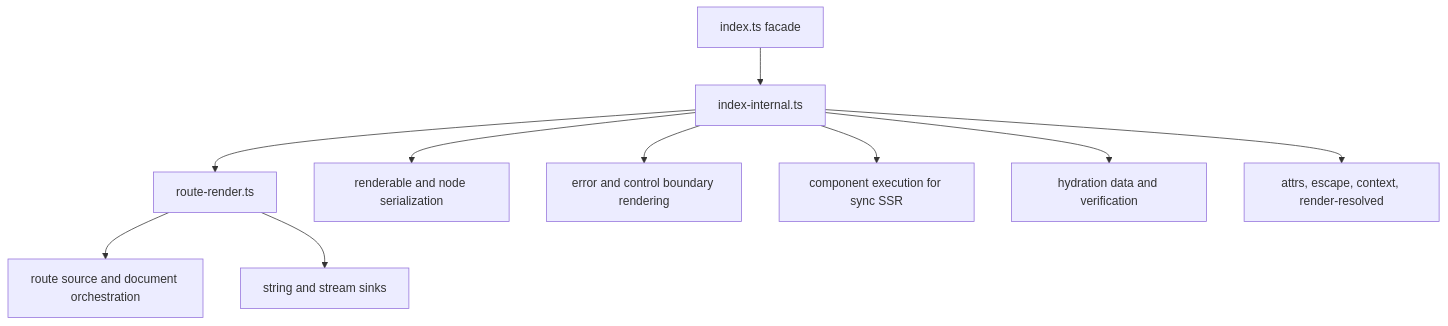
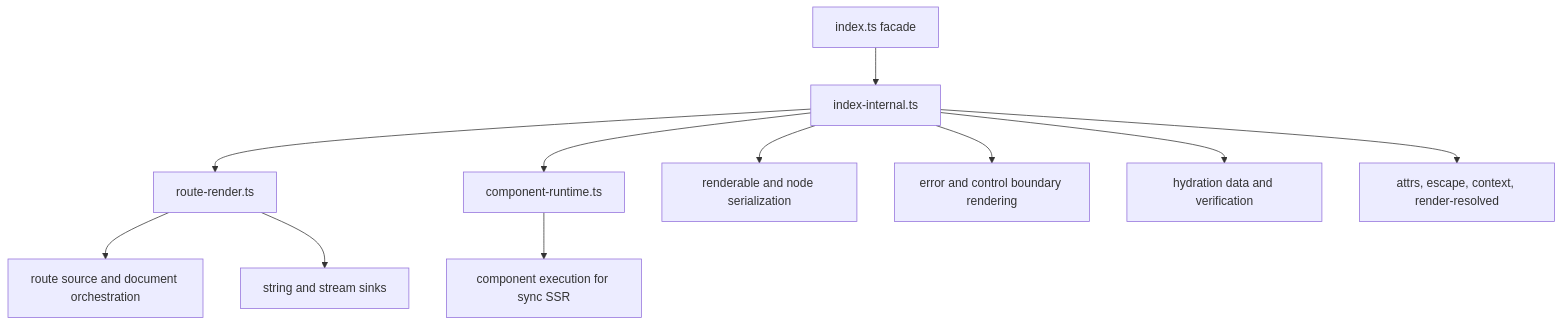
Before and after one commit to askrjs/askr: the third of 7 diagrams in docs/internals/ssr-ssg-pipeline.md, drawn with Mermaid. The commit also changed other lines of this file and 4 other files, not shown here.

Commit message:
Split SSR component runtime ownership

````diff
--- a/docs/internals/ssr-ssg-pipeline.md
+++ b/docs/internals/ssr-ssg-pipeline.md
@@ -69,23 +70,25 @@
 ```mermaid
 flowchart TB
   facade[index.ts facade]
   routeRender[route-render.ts]
   internal[index-internal.ts]
+  componentRuntime[component-runtime.ts]
   serialize[renderable and node serialization]
   controls[error and control boundary rendering]
   components[component execution for sync SSR]
   hydration[hydration data and verification]
   routes[route source and document orchestration]
   sinks[string and stream sinks]
   helpers[attrs, escape, context, render-resolved]
 
   facade --> internal
   internal --> routeRender
+  internal --> componentRuntime
   internal --> serialize
   internal --> controls
-  internal --> components
+  componentRuntime --> components
   internal --> hydration
   routeRender --> routes
   routeRender --> sinks
   internal --> helpers
 ```
````
